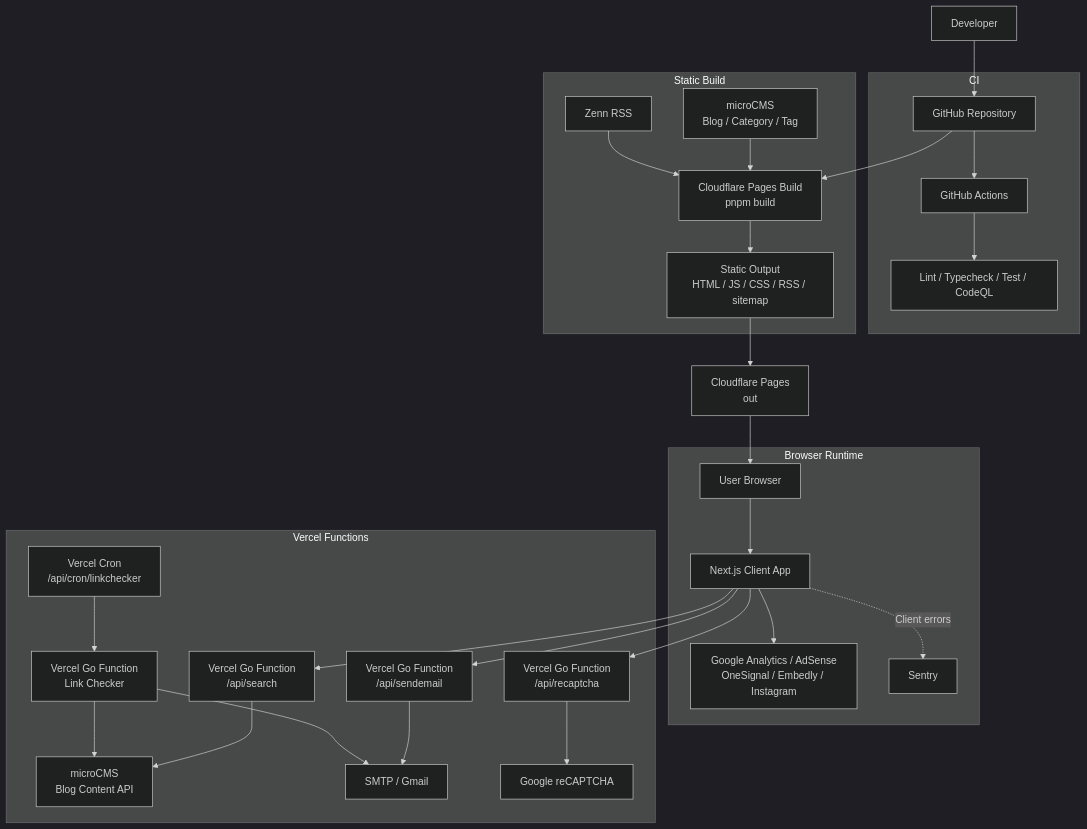
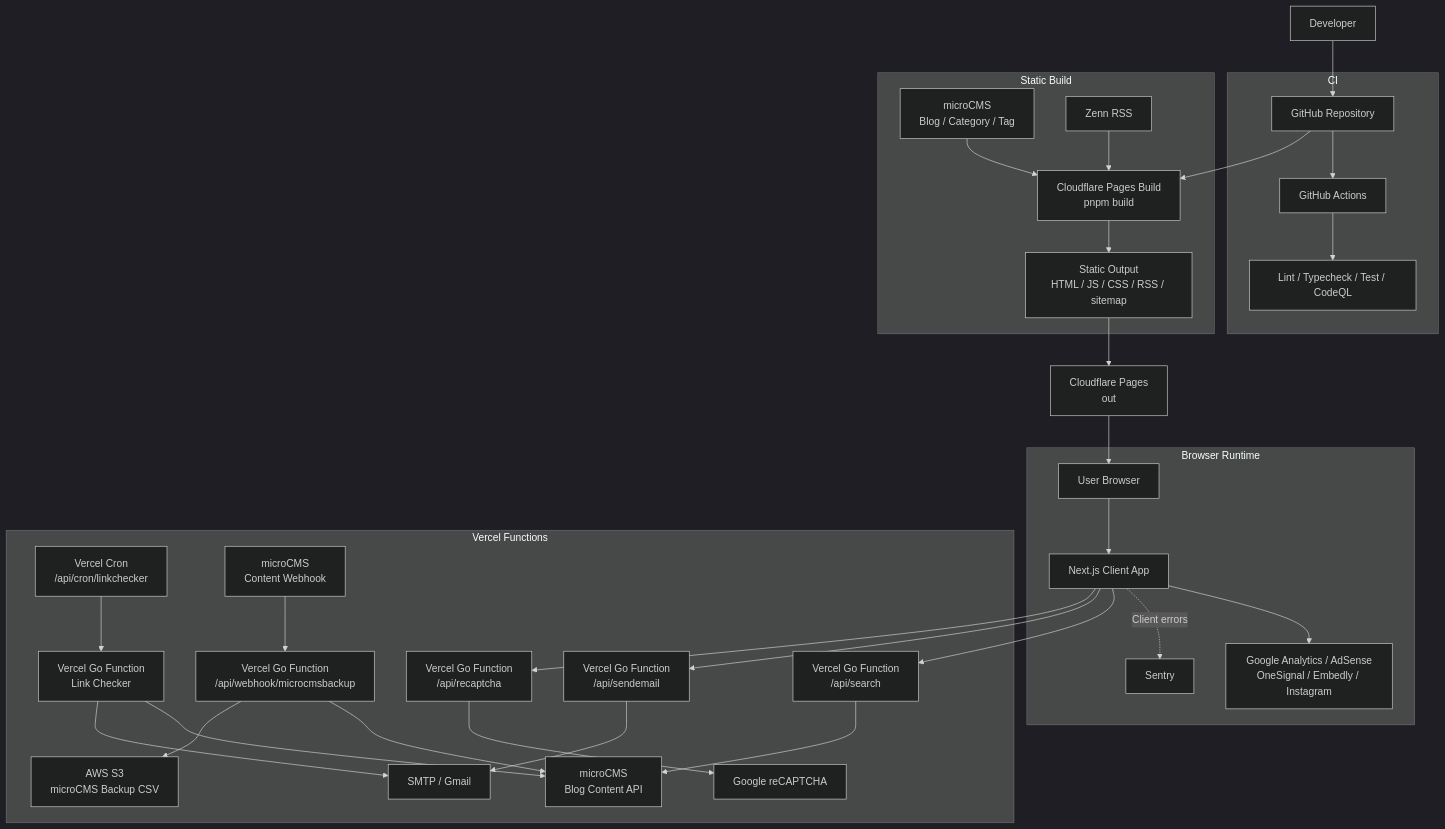
One commit to Arata1202/NextBlogApp changed the diagram in README.md. Above: the diagram before and after it, drawn with Mermaid (dark theme). The commit also changed other lines of this file and 6 other files, not shown here.

Commit message:
feat: implement microCMS backup functionality with S3 integration

````diff
--- a/README.md
+++ b/README.md
@@ -78,37 +79,40 @@
 ```mermaid
 flowchart TB
   developer[Developer] --> github[GitHub Repository]
 
   subgraph ci[CI]
     github --> actions[GitHub Actions]
     actions --> quality[Lint / Typecheck / Test / CodeQL]
   end
 
   subgraph build[Static Build]
     github --> pagesBuild[Cloudflare Pages Build<br/>pnpm build]
     microcms[microCMS<br/>Blog / Category / Tag] --> pagesBuild
     zenn[Zenn RSS] --> pagesBuild
     pagesBuild --> generated[Static Output<br/>HTML / JS / CSS / RSS / sitemap]
   end
 
   generated --> pages[Cloudflare Pages<br/>out]
   pages --> browser[User Browser]
 
   subgraph runtime[Browser Runtime]
     browser --> app[Next.js Client App]
     app --> thirdParty[Google Analytics / AdSense<br/>OneSignal / Embedly / Instagram]
     app -. Client errors .-> sentry[Sentry]
   end
 
   subgraph vercelFunctions[Vercel Functions]
     app --> searchApi[Vercel Go Function<br/>/api/search]
     searchApi --> microcmsBlogContentApi[microCMS<br/>Blog Content API]
     app --> sendEmailApi[Vercel Go Function<br/>/api/sendemail]
     app --> recaptchaApi[Vercel Go Function<br/>/api/recaptcha]
     sendEmailApi --> smtp[SMTP / Gmail]
     recaptchaApi --> recaptcha[Google reCAPTCHA]
     cron[Vercel Cron<br/>/api/cron/linkchecker] --> linkcheckerApi[Vercel Go Function<br/>Link Checker]
     linkcheckerApi --> microcmsBlogContentApi
     linkcheckerApi --> smtp
+    microcmsWebhook[microCMS<br/>Content Webhook] --> microcmsbackupApi[Vercel Go Function<br/>/api/webhook/microcmsbackup]
+    microcmsbackupApi --> microcmsBlogContentApi
+    microcmsbackupApi --> s3[AWS S3<br/>microCMS Backup CSV]
   end
 ```
````
